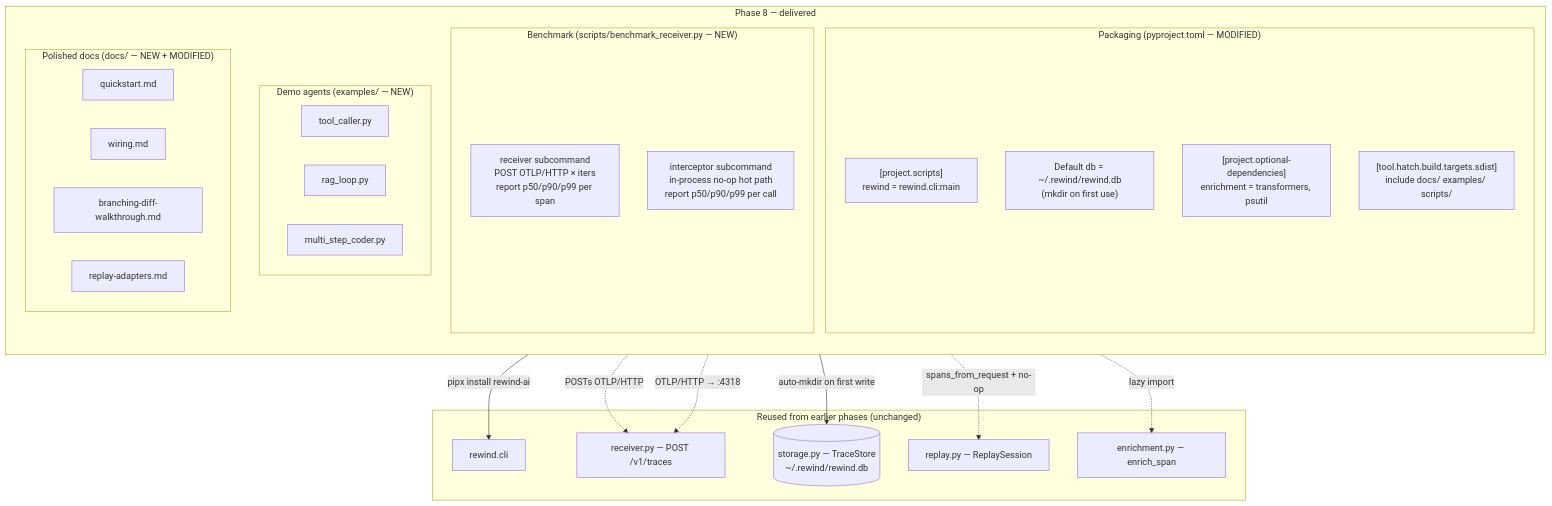
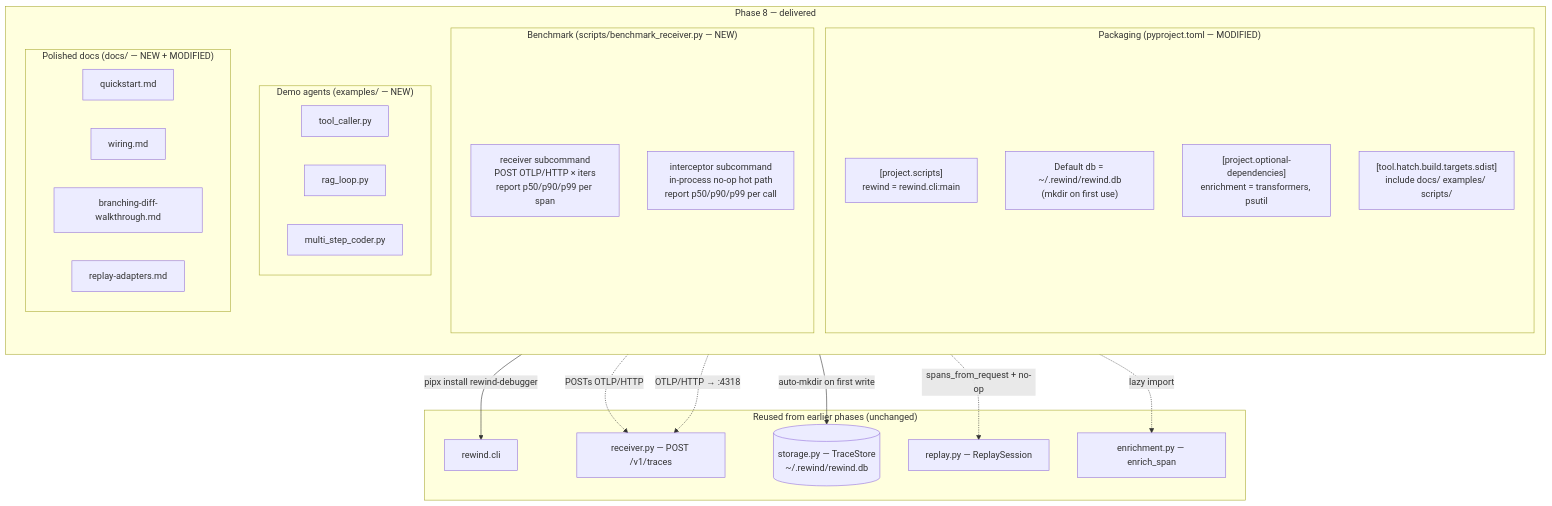
One commit to akshay-mp/Rewind changed the first of 4 diagrams in docs/phases/phase-8.md. Above: the diagram before and after it, drawn with Mermaid. The commit also changed other lines of this file and 35 other files, not shown here.

````diff
--- a/docs/phases/phase-8.md
+++ b/docs/phases/phase-8.md
@@ -112,41 +112,41 @@
 ```mermaid
 flowchart TB
     subgraph P8["Phase 8 — delivered"]
         direction TB
         subgraph Packaging["Packaging (pyproject.toml — MODIFIED)"]
             Scripts["[project.scripts]<br/>rewind = rewind.cli:main"]
             DefaultDB["Default db = ~/.rewind/rewind.db<br/>(mkdir on first use)"]
             Extras["[project.optional-dependencies]<br/>enrichment = transformers, psutil"]
             Sdist["[tool.hatch.build.targets.sdist]<br/>include docs/ examples/ scripts/"]
         end
         subgraph Bench["Benchmark (scripts/benchmark_receiver.py — NEW)"]
             RecvBench["receiver subcommand<br/>POST OTLP/HTTP × iters<br/>report p50/p90/p99 per span"]
             IntcBench["interceptor subcommand<br/>in-process no-op hot path<br/>report p50/p90/p99 per call"]
         end
         subgraph Examples["Demo agents (examples/ — NEW)"]
             direction LR
             Tool["tool_caller.py"]
             Rag["rag_loop.py"]
             Coder["multi_step_coder.py"]
         end
         subgraph Docs["Polished docs (docs/ — NEW + MODIFIED)"]
             Quick["quickstart.md"]
             Wiring["wiring.md"]
             Branch["branching-diff-walkthrough.md"]
             Adapters["replay-adapters.md"]
         end
     end
     subgraph Reused["Reused from earlier phases (unchanged)"]
         CLI["rewind.cli"]
         Receiver["receiver.py — POST /v1/traces"]
         Store[("storage.py — TraceStore<br/>~/.rewind/rewind.db")]
         Engine["replay.py — ReplaySession"]
         Enrich["enrichment.py — enrich_span"]
     end
-    Scripts -->|"pipx install rewind-ai"| CLI
+    Scripts -->|"pipx install rewind-debugger"| CLI
     DefaultDB -->|"auto-mkdir on first write"| Store
     Extras -.->|"lazy import"| Enrich
     RecvBench -.->|"POSTs OTLP/HTTP"| Receiver
     IntcBench -.->|"spans_from_request + no-op"| Engine
     Examples -.->|"OTLP/HTTP → :4318"| Receiver
 ```
````
